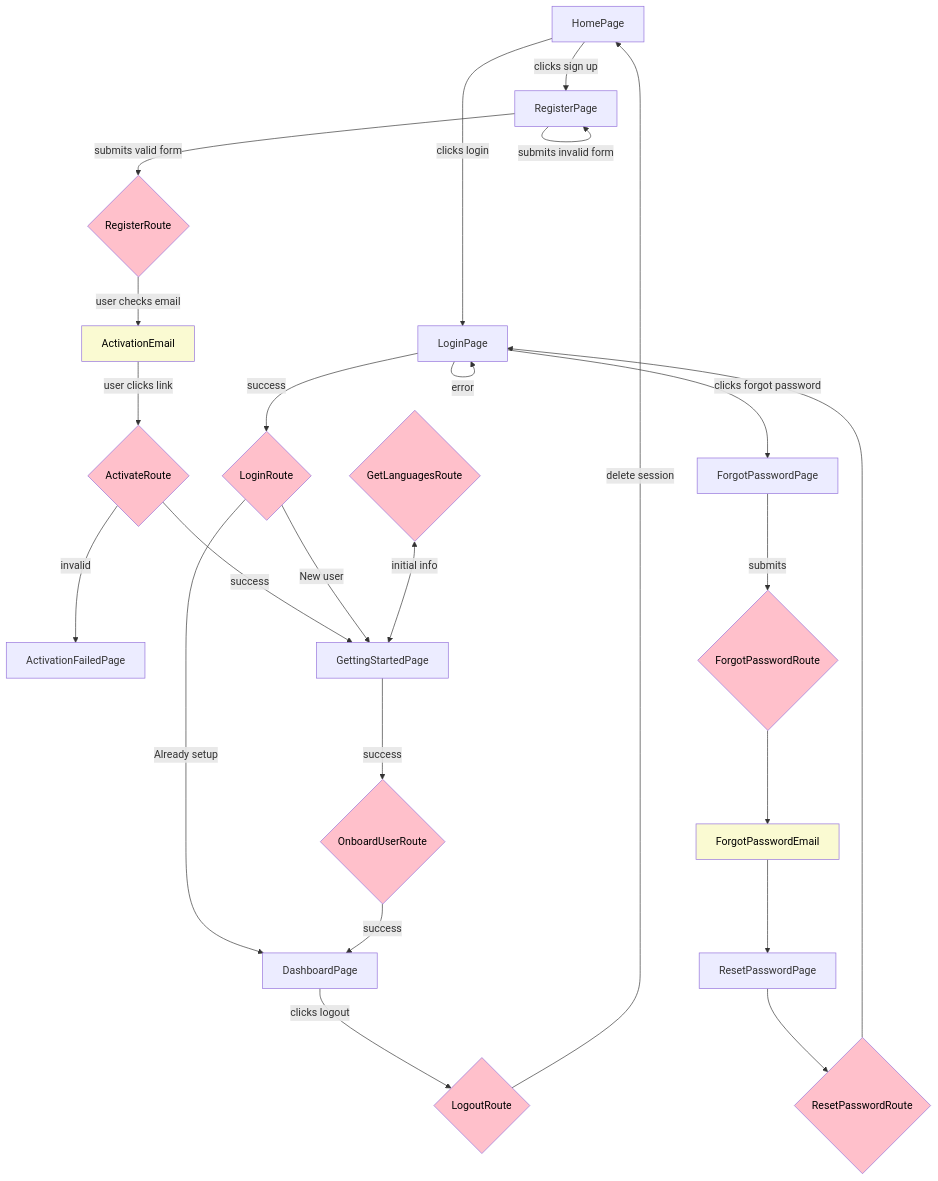
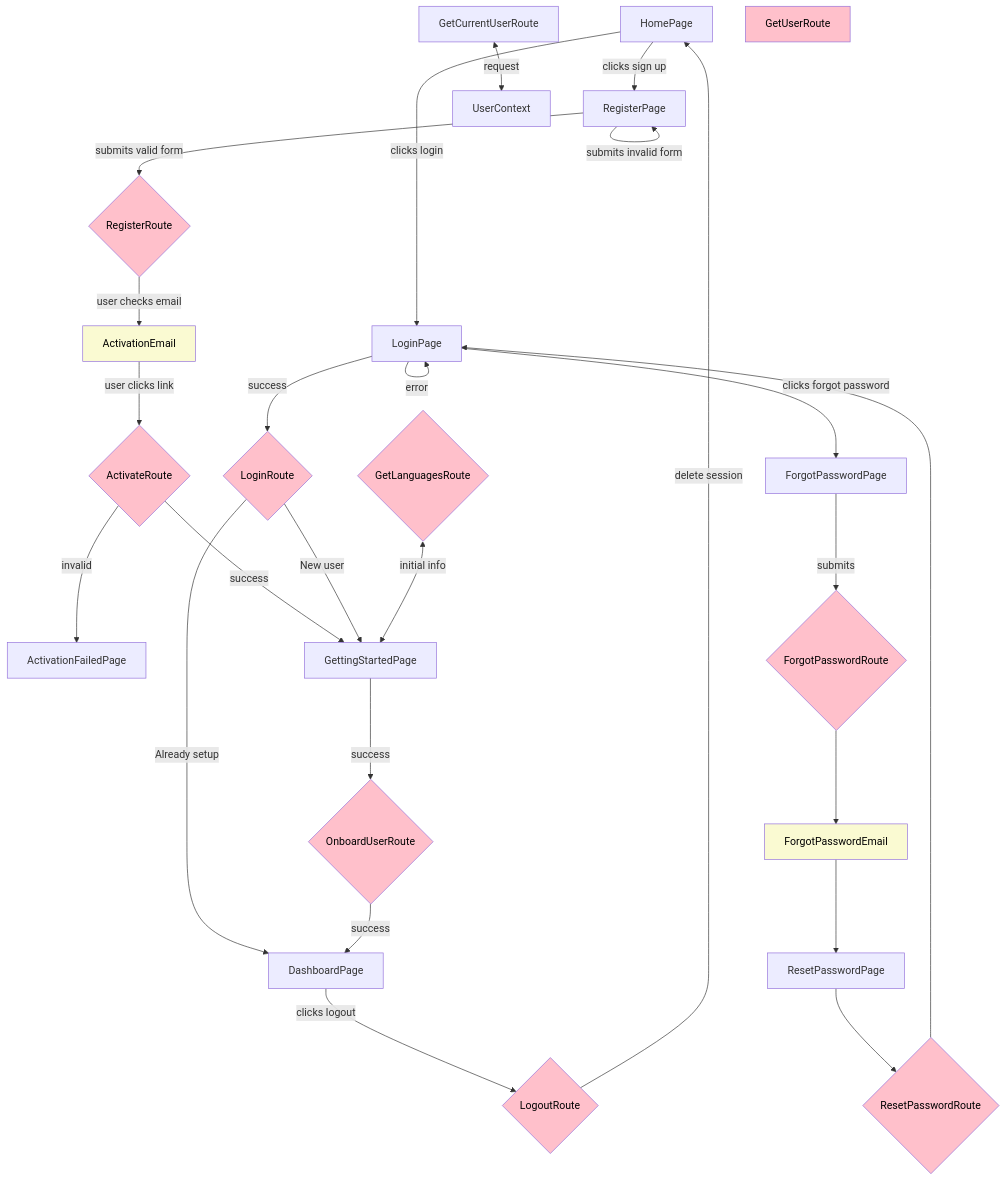
The diagram in docs/architecture/user/index.md (pagekey/boom-ce-next), drawn with Mermaid before and after one commit. The commit also changed other lines of this file, not shown here.

````diff
--- a/docs/architecture/user/index.md
+++ b/docs/architecture/user/index.md
@@ -48,51 +48,54 @@
 ```mermaid
 flowchart TD
     %% Declarations
     %% ------------
     %% Email Templates
 %%  (none)
     %% Routes
 
     %% Connections
     %% ------------
     HomePage -->|clicks login| LoginPage
     HomePage -->|clicks sign up| RegisterPage
     RegisterPage -->|submits invalid form| RegisterPage
     RegisterPage -->|submits valid form| SendEmail{RegisterRoute}
     SendEmail -->|user checks email| ActivationEmail
     ActivationEmail -->|user clicks link| CheckActivation{ActivateRoute}
     CheckActivation -->|invalid| ActivationFailedPage
     CheckActivation -->|success| GettingStartedPage
     LoginPage -->|error| LoginPage
     LoginPage -->|success| CheckAccount{LoginRoute}
     LoginPage -->|clicks forgot password| ForgotPasswordPage
     ForgotPasswordPage -->|submits| ForgotPasswordRoute{ForgotPasswordRoute}
     ForgotPasswordRoute --> ForgotPasswordEmail
     ForgotPasswordEmail --> ResetPasswordPage
     ResetPasswordPage --> ResetPasswordRoute{ResetPasswordRoute}
     ResetPasswordRoute --> LoginPage
     CheckAccount -->|Already setup| DashboardPage
     CheckAccount -->|New user| GettingStartedPage
     GettingStartedPage -->|success| OnboardUserRoute{OnboardUserRoute}
     OnboardUserRoute -->|success| DashboardPage
     DashboardPage -->|clicks logout| LogoutRoute{LogoutRoute}
     LogoutRoute -->|delete session| HomePage
 
     GetLanguagesRoute <-->|initial info| GettingStartedPage 
     GetLanguagesRoute{GetLanguagesRoute}
 
+    GetCurrentUserRoute <-->|request| UserContext 
+
     %% Styles
     %% ------------
     %% Email Templates
     style ActivationEmail fill:LightGoldenRodYellow,color:black
     style ForgotPasswordEmail fill:LightGoldenRodYellow,color:black
     %% Routes
     style SendEmail fill:pink,color:black
     style CheckActivation fill:pink,color:black
     style CheckAccount fill:pink,color:black
     style GetLanguagesRoute fill:pink,color:black
+    style GetUserRoute fill:pink,color:black
     style LogoutRoute fill:pink,color:black
     style OnboardUserRoute fill:pink,color:black
     style ForgotPasswordRoute fill:pink,color:black
     style ResetPasswordRoute fill:pink,color:black
 ```
````
